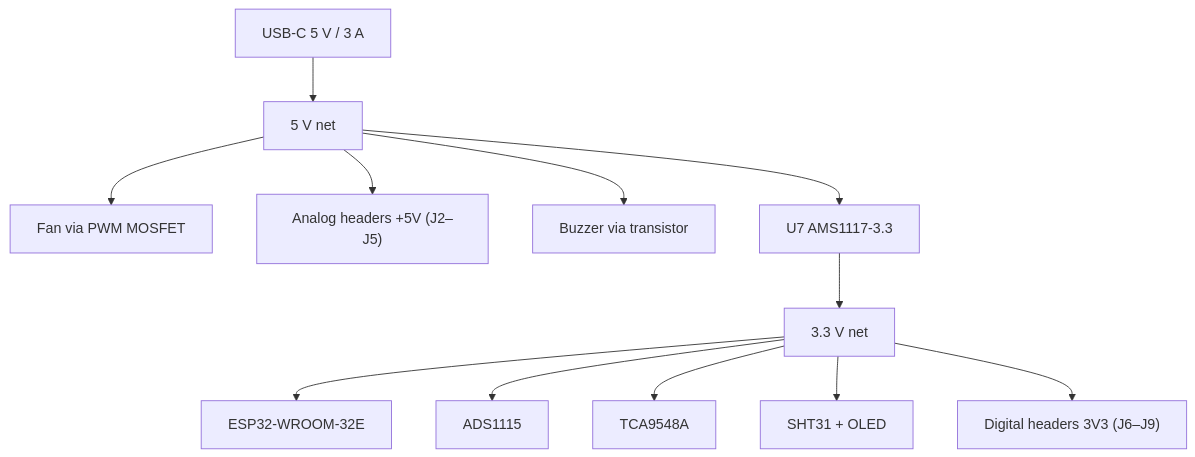
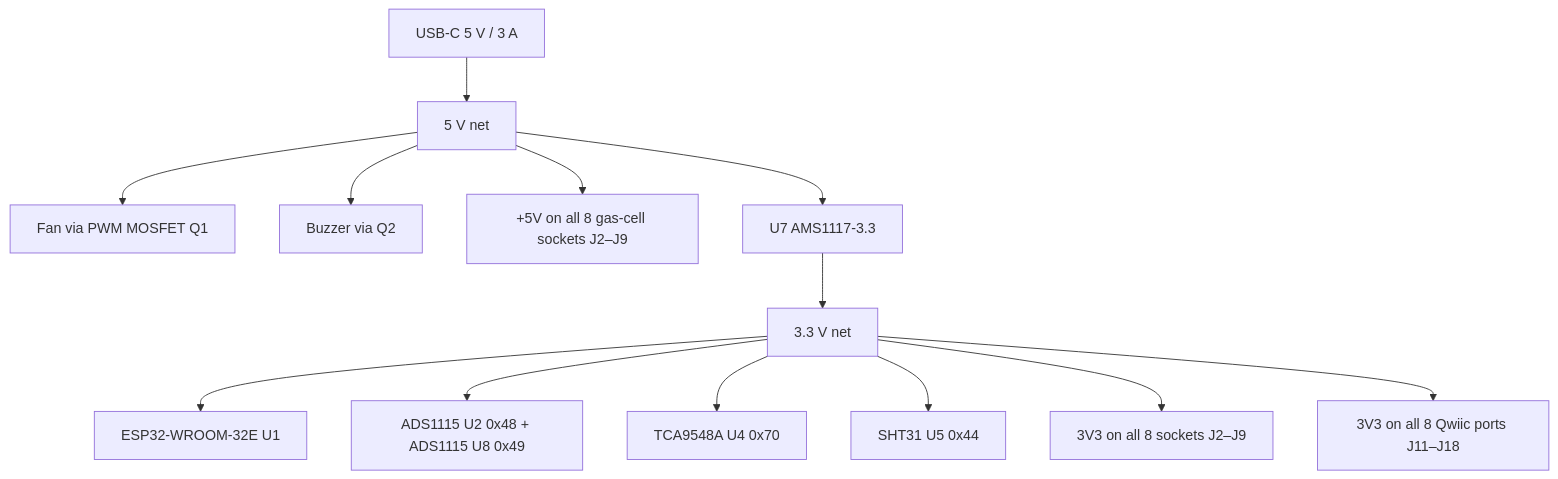
The third of 3 diagrams in docs/blueprint.md (OpenSmell/smell-monitor), drawn with Mermaid before and after one commit. The commit also changed other lines of this file and 55 other files, not shown here.

````diff
--- a/docs/blueprint.md
+++ b/docs/blueprint.md
@@ -670,14 +600,15 @@
 ```mermaid
 flowchart TD
     USB["USB-C 5 V / 3 A"] --> N5["5 V net"]
-    N5 --> FAN[Fan via PWM MOSFET]
-    N5 --> AH["Analog headers +5V (J2–J5)"]
-    N5 --> BZ[Buzzer via transistor]
+    N5 --> FAN["Fan via PWM MOSFET Q1"]
+    N5 --> BZ["Buzzer via Q2"]
+    N5 --> S5["+5V on all 8 gas-cell sockets J2–J9"]
     N5 --> LDO["U7 AMS1117-3.3"]
     LDO --> N33["3.3 V net"]
-    N33 --> MCU[ESP32-WROOM-32E]
-    N33 --> ADC["ADS1115"]
-    N33 --> MUX[TCA9548A]
-    N33 --> ENV["SHT31 + OLED"]
-    N33 --> DH["Digital headers 3V3 (J6–J9)"]
+    N33 --> MCU["ESP32-WROOM-32E U1"]
+    N33 --> ADC["ADS1115 U2 0x48 + ADS1115 U8 0x49"]
+    N33 --> MUX["TCA9548A U4 0x70"]
+    N33 --> ENV["SHT31 U5 0x44"]
+    N33 --> S33["3V3 on all 8 sockets J2–J9"]
+    N33 --> QW["3V3 on all 8 Qwiic ports J11–J18"]
 ```
````
